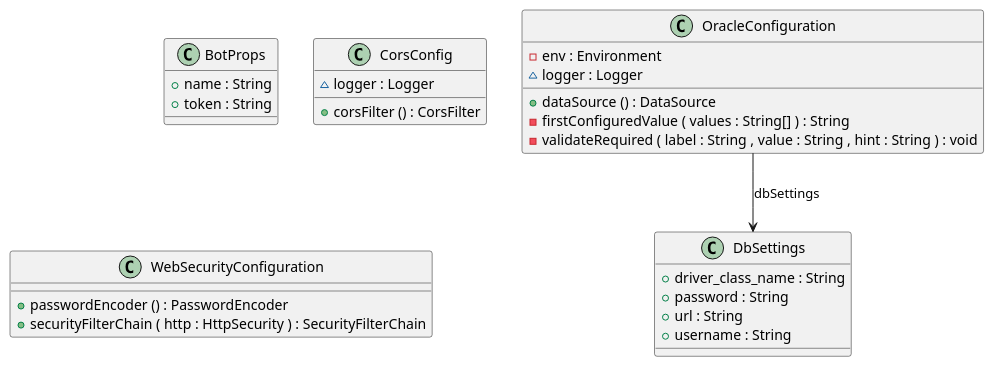
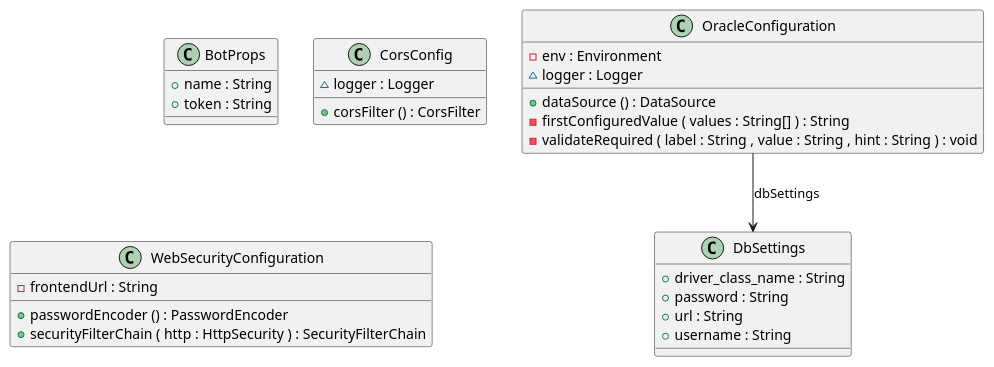
One commit to AnaJmz345/oci_devops_project changed the diagram in docs/diagrams/security-config.puml. Above: the diagram before and after it, drawn with PlantUML. The commit also changed 11 other files, not shown here.

```diff
--- a/docs/diagrams/security-config.puml
+++ b/docs/diagrams/security-config.puml
@@ -1,43 +1,44 @@
 @startuml
 
 class BotProps {
 	{field} +name : String
 	{field} +token : String
 }
 
 
 class CorsConfig {
 	{field} ~logger : Logger
 	{method} +corsFilter () : CorsFilter
 }
 
 
 class DbSettings {
 	{field} +driver_class_name : String
 	{field} +password : String
 	{field} +url : String
 	{field} +username : String
 }
 
 
 class OracleConfiguration {
 	{field} -env : Environment
 	{field} ~logger : Logger
 	{method} +dataSource () : DataSource
 	{method} -firstConfiguredValue ( values : String[] ) : String
 	{method} -validateRequired ( label : String , value : String , hint : String ) : void
 }
 
 
 class WebSecurityConfiguration {
+	{field} -frontendUrl : String
 	{method} +passwordEncoder () : PasswordEncoder
 	{method} +securityFilterChain ( http : HttpSecurity ) : SecurityFilterChain
 }
 
 
 
 
 OracleConfiguration -->  DbSettings : dbSettings
 
 
 @enduml
```
